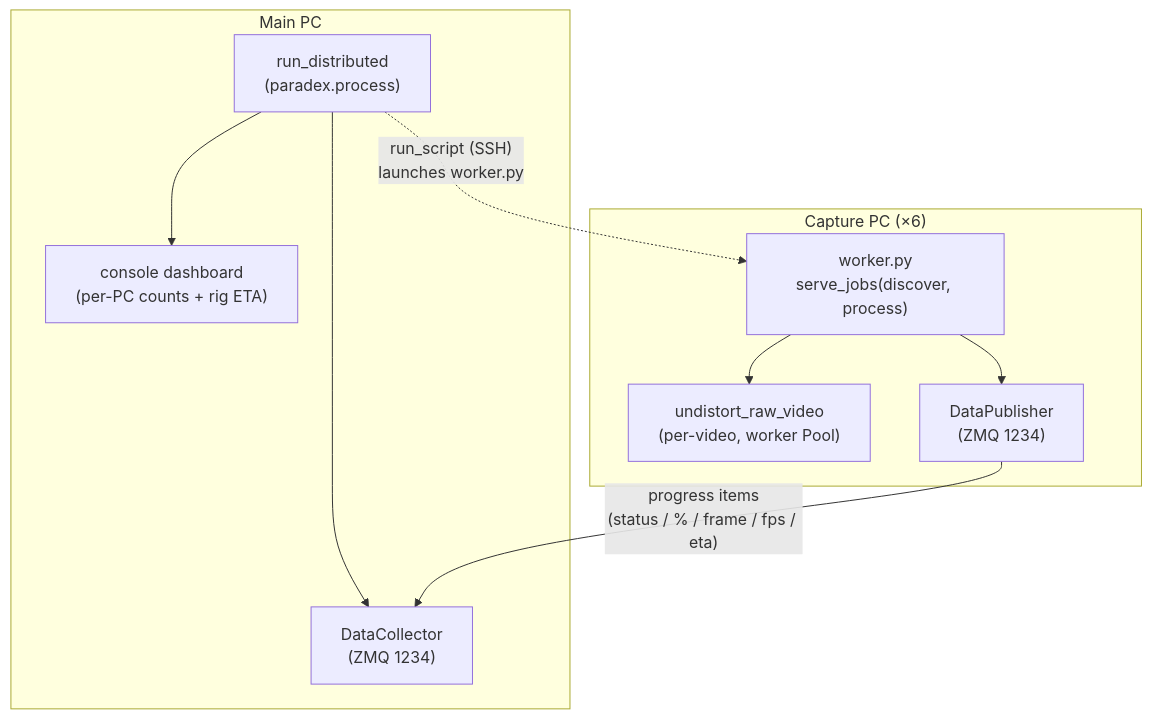
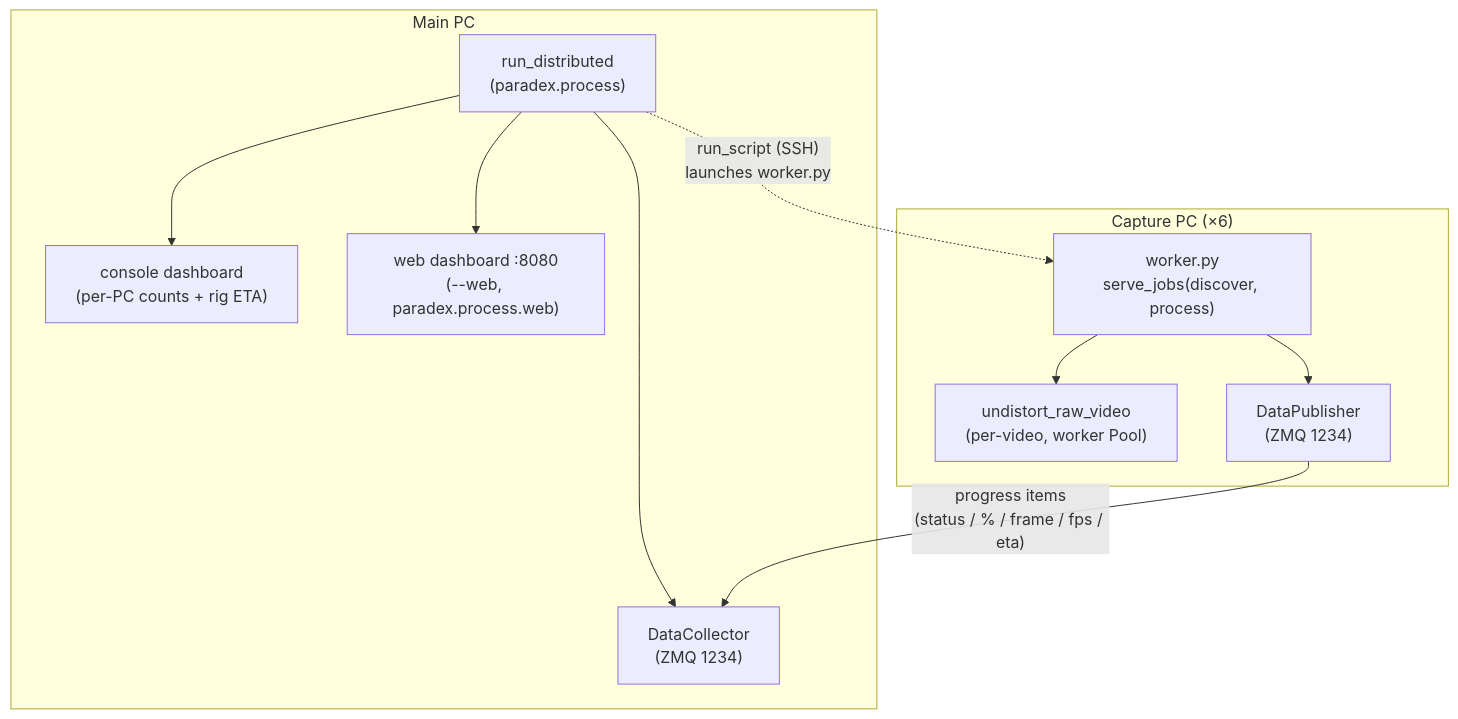
The third of 4 diagrams in docs/process.md (willi19/paradex), drawn with Mermaid before and after one commit. The commit also changed other lines of this file and 11 other files, not shown here.

First line of the commit message:
feat(process): browser dashboard for distributed runs

````diff
--- a/docs/process.md
+++ b/docs/process.md
@@ -103,13 +103,14 @@
 ```{mermaid}
 flowchart TB
     subgraph Main["Main PC"]
       RD["run_distributed<br/>(paradex.process)"] --> COL["DataCollector<br/>(ZMQ 1234)"]
       RD --> DASH["console dashboard<br/>(per-PC counts + rig ETA)"]
+      RD --> WEB["web dashboard :8080<br/>(--web, paradex.process.web)"]
     end
     subgraph Cap["Capture PC (×6)"]
       W["worker.py<br/>serve_jobs(discover, process)"] --> URV["undistort_raw_video<br/>(per-video, worker Pool)"]
       W --> DP["DataPublisher<br/>(ZMQ 1234)"]
     end
     RD -. "run_script (SSH)<br/>launches worker.py" .-> W
     DP -- "progress items<br/>(status / % / frame / fps / eta)" --> COL
 ```
````
